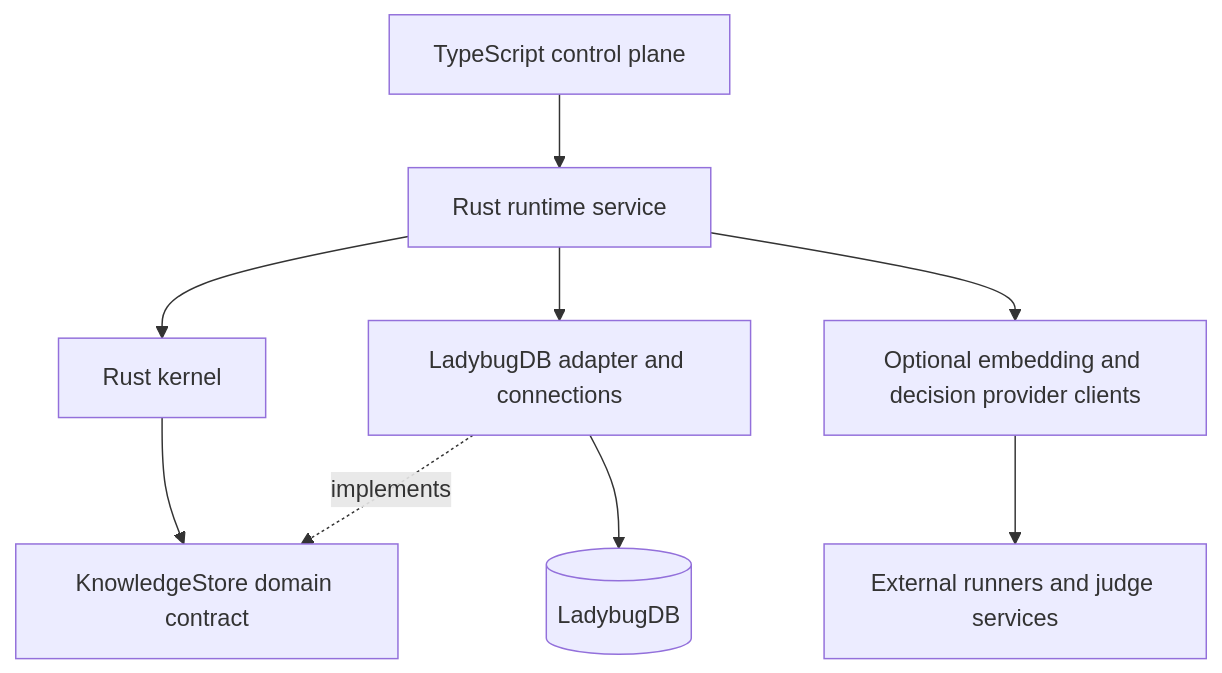
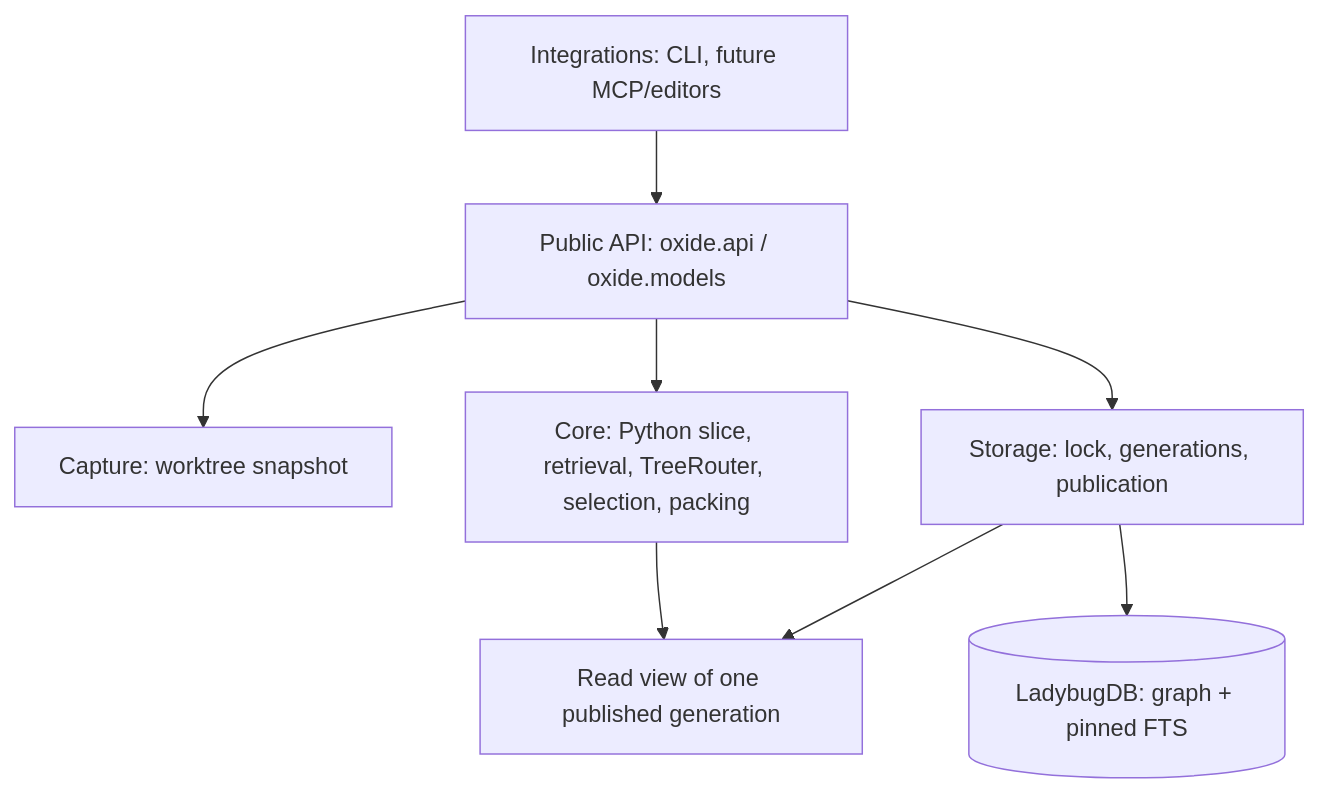
Before and after one commit to Kiy-K/oxide: the diagram in docs/spec/SPEC.md, drawn with Mermaid. The commit also changed other lines of this file and 6 other files, not shown here.

First line of the commit message:
docs(v2): ADR-0011 Python engine and vectorless retrieval; amend SPEC and BOOTSTRAP

````diff
--- a/docs/spec/SPEC.md
+++ b/docs/spec/SPEC.md
@@ -83,11 +84,10 @@
 ```mermaid
 flowchart TD
-    TS[TypeScript control plane] --> RT[Rust runtime service]
-    RT --> K[Rust kernel]
-    K --> PORT[KnowledgeStore domain contract]
-    RT --> AD[LadybugDB adapter and connections]
-    AD -. implements .-> PORT
-    AD --> DB[(LadybugDB)]
-    RT --> CLIENTS[Optional embedding and decision provider clients]
-    CLIENTS --> RUNNERS[External runners and judge services]
+    INT[Integrations: CLI, future MCP/editors] --> API[Public API: oxide.api / oxide.models]
+    API --> CAP[Capture: worktree snapshot]
+    API --> CORE[Core: Python slice, retrieval, TreeRouter, selection, packing]
+    CORE --> VIEW[Read view of one published generation]
+    API --> STORE[Storage: lock, generations, publication]
+    STORE --> VIEW
+    STORE --> DB[(LadybugDB: graph + pinned FTS)]
 ```
````
